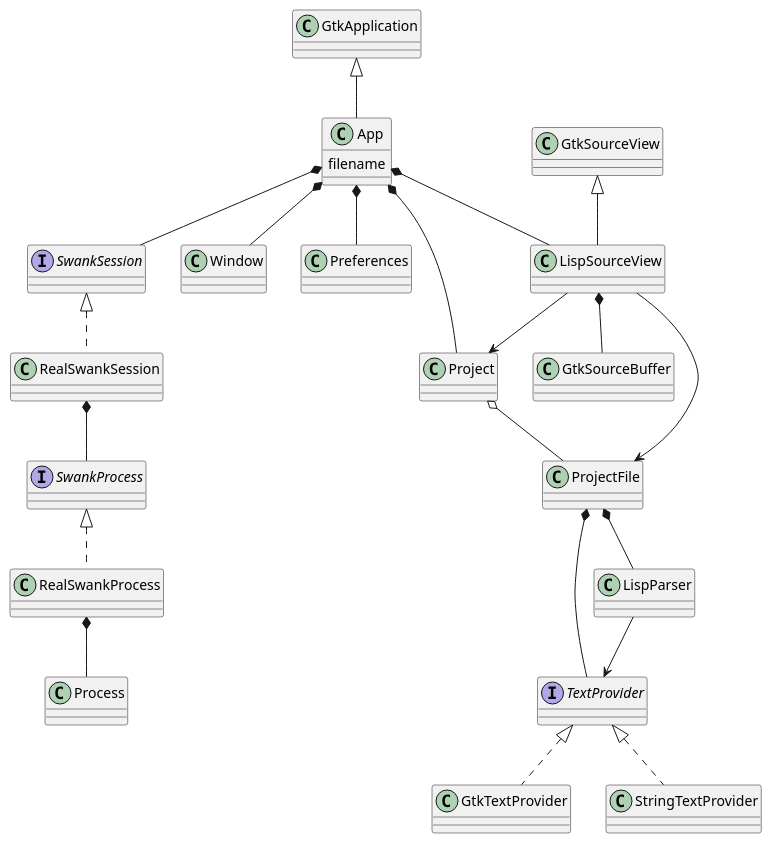
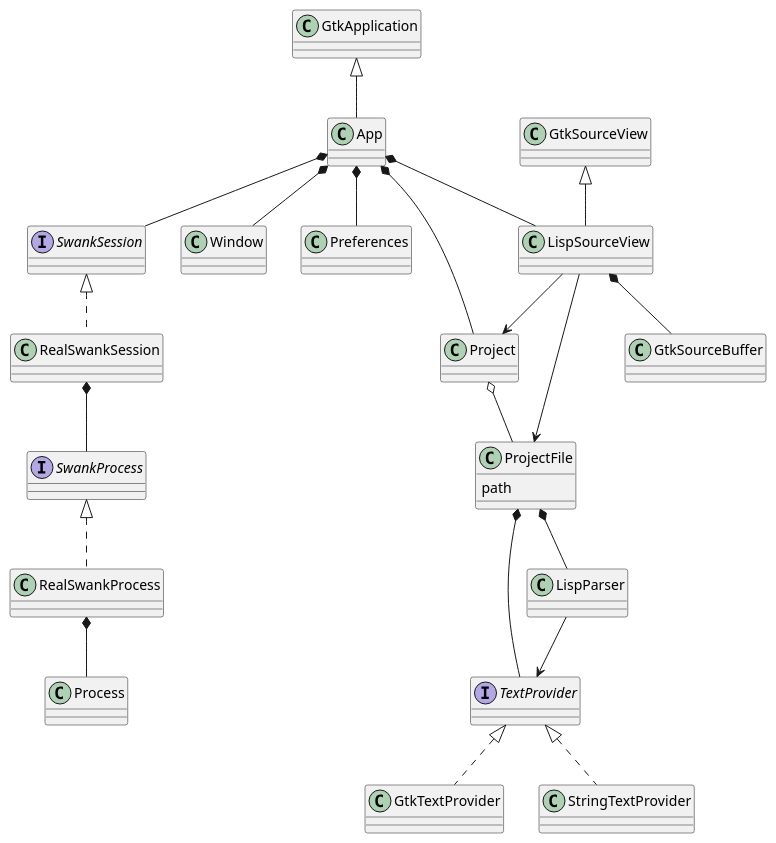
The diagram in doc/classes.plantuml (JeromeA/glide), drawn with PlantUML before and after one commit. The commit also changed 6 other files, not shown here.

Commit message:
Move filename to ProjectFile

```diff
--- a/doc/classes.plantuml
+++ b/doc/classes.plantuml
@@ -1,34 +1,34 @@
 @startuml
 
 GtkApplication <|-- App
 App *-- Project
 App *-- SwankSession
 App *-- Window
 App *-- LispSourceView
 App *-- Preferences
-App : filename
+ProjectFile : path
 
 GtkSourceView <|-- LispSourceView
 LispSourceView *-- GtkSourceBuffer
 LispSourceView --> Project
 LispSourceView --> ProjectFile
 
 Project o-- ProjectFile
 
 ProjectFile *-- LispParser
 ProjectFile *-- TextProvider
 
 interface SwankSession
 SwankSession <|.. RealSwankSession
 RealSwankSession *-- SwankProcess
 
 interface SwankProcess
 SwankProcess <|.. RealSwankProcess
 RealSwankProcess *-- Process
 
 LispParser --> TextProvider
 interface TextProvider
 TextProvider <|.. GtkTextProvider
 TextProvider <|.. StringTextProvider
 
 @enduml
```
